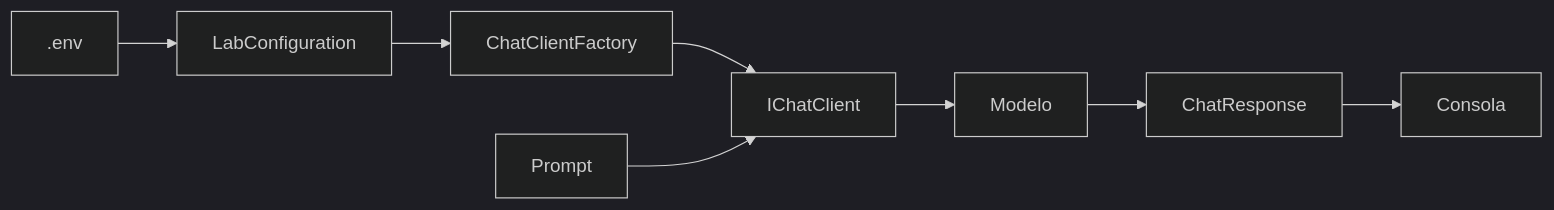
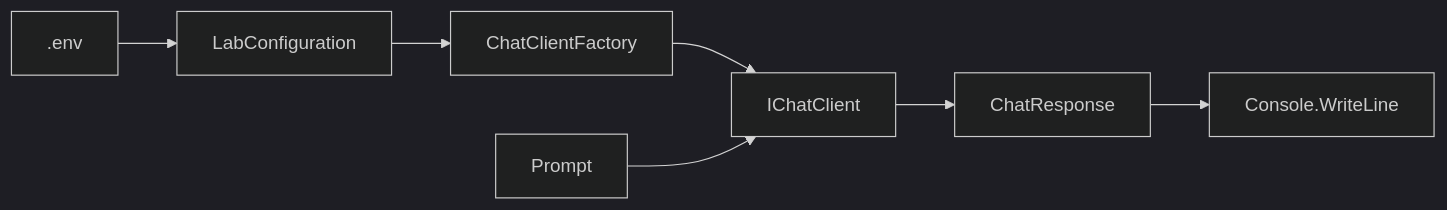
The diagram in labs/lab-01-hello-llm/README.md (danielcalvindeveloper/dac-learning-ai-dotnet), drawn with Mermaid (dark theme) before and after one commit. The commit also changed other lines of this file and 11 other files, not shown here.

````diff
--- a/labs/lab-01-hello-llm/README.md
+++ b/labs/lab-01-hello-llm/README.md
@@ -201,10 +202,9 @@
 ```mermaid
 flowchart LR
     ENV[".env"] --> CFG[LabConfiguration]
     CFG --> FACTORY[ChatClientFactory]
     FACTORY --> CLIENT[IChatClient]
     PROMPT[Prompt] --> CLIENT
-    CLIENT --> MODEL[Modelo]
-    MODEL --> RESPONSE[ChatResponse]
-    RESPONSE --> CONSOLE[Consola]
+    CLIENT --> RESPONSE[ChatResponse]
+    RESPONSE --> OUT[Console.WriteLine]
 ```
````
